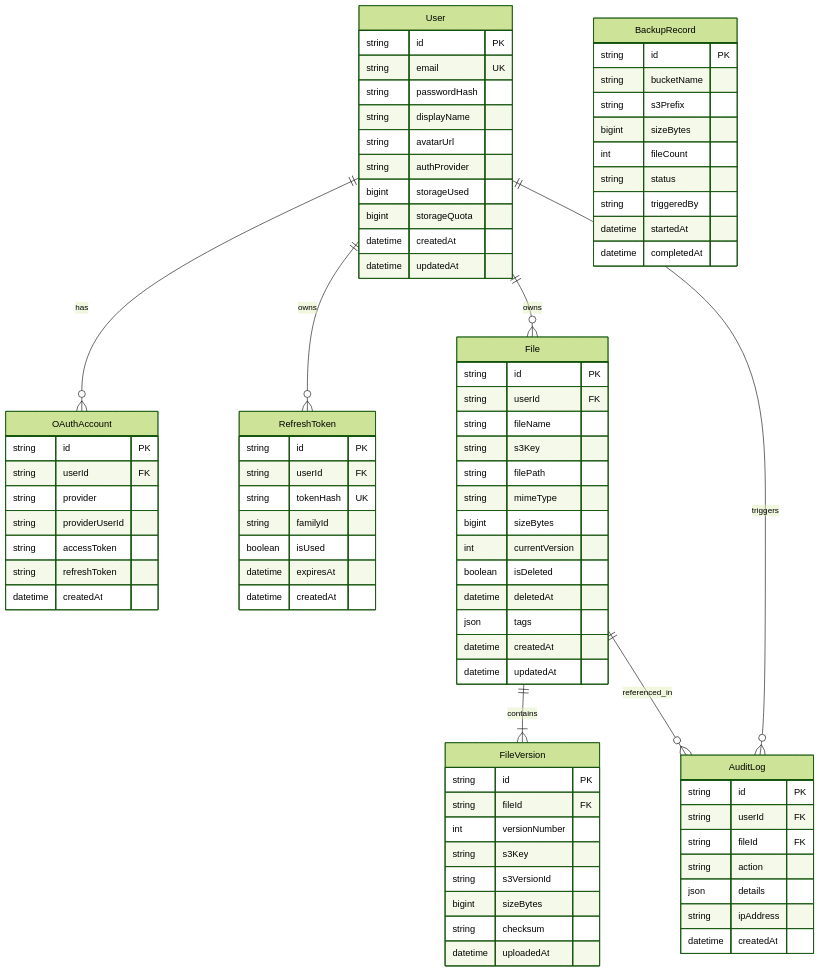
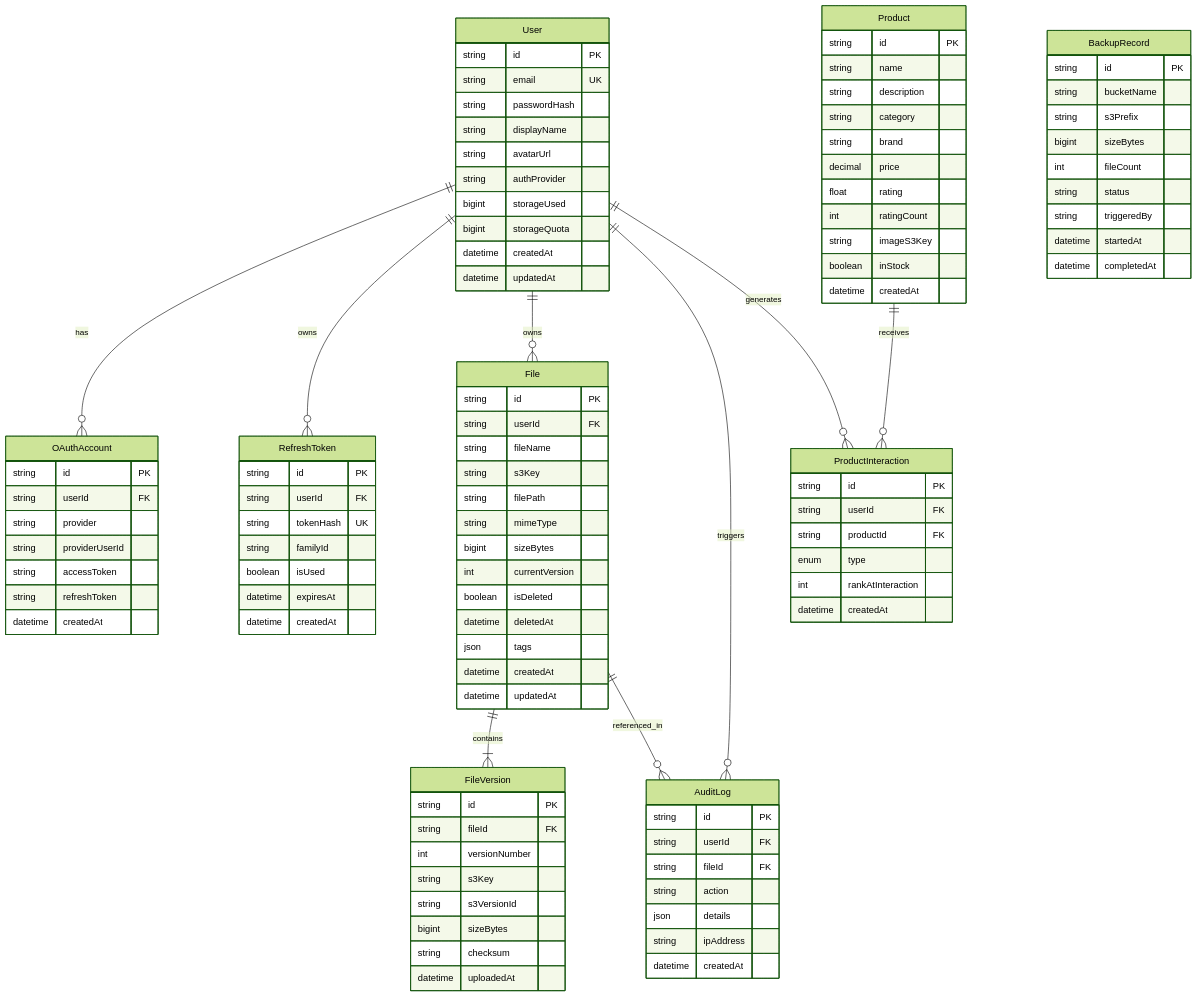
The third of 3 diagrams in PROJECT_REPORT.md (divyanshukumar2603-cmd/skyvault), drawn with Mermaid (forest theme) before and after one commit. The commit also changed other lines of this file and 27 other files, not shown here.

```diff
--- a/PROJECT_REPORT.md
+++ b/PROJECT_REPORT.md
@@ -204,6 +382,8 @@
     User ||--o{ AuditLog : "triggers"
     File ||--|{ FileVersion : "contains"
     File ||--o{ AuditLog : "referenced_in"
+    User ||--o{ ProductInteraction : "generates"
+    Product ||--o{ ProductInteraction : "receives"
 
     User {
         string id PK
@@ -277,6 +457,29 @@
         datetime completedAt
     }
 
+    Product {
+        string id PK
+        string name
+        string description
+        string category
+        string brand
+        decimal price
+        float rating
+        int ratingCount
+        string imageS3Key
+        boolean inStock
+        datetime createdAt
+    }
+
+    ProductInteraction {
+        string id PK
+        string userId FK
+        string productId FK
+        enum type
+        int rankAtInteraction
+        datetime createdAt
+    }
+
     AuditLog {
         string id PK
         string userId FK
```
